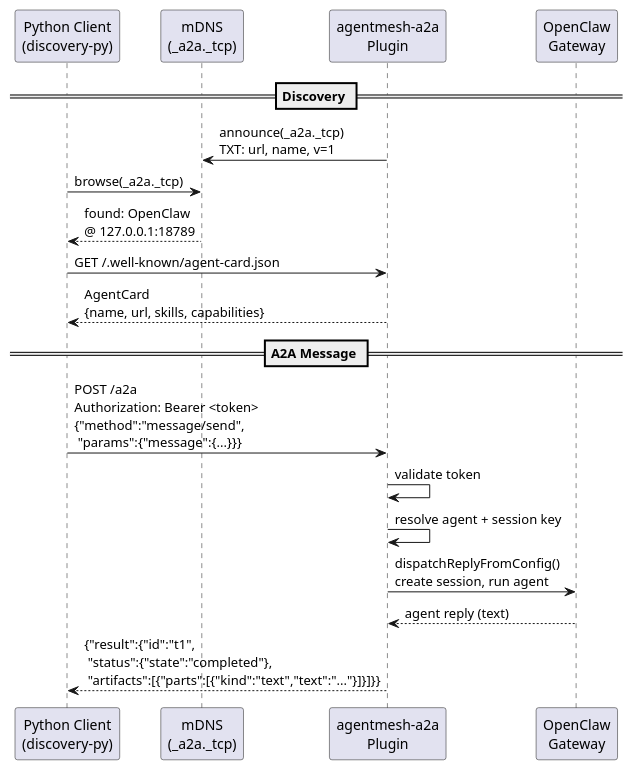
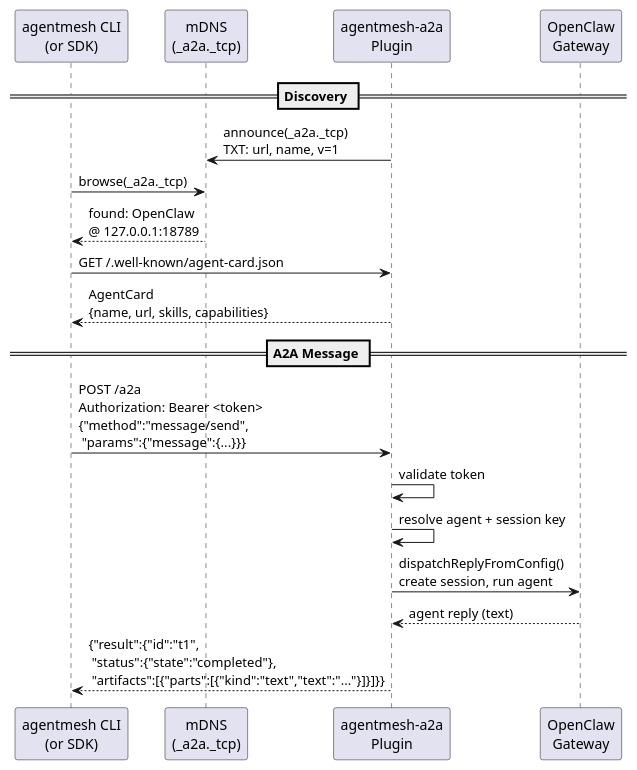
One commit to clarkzhao/AgentMesh changed the second of 2 diagrams in README.md. Above: the diagram before and after it, drawn with PlantUML. The commit also changed other lines of this file and 2 other files, not shown here.

First line of the commit message:
docs: rewrite READMEs — simplify, remove milestones, emphasize CLI

````diff
--- a/README.md
+++ b/README.md
@@ -65,26 +276,26 @@
 ```plantuml
 @startuml
-participant "Python Client\n(discovery-py)" as Client
+participant "agentmesh CLI\n(or SDK)" as Client
 participant "mDNS\n(_a2a._tcp)" as MDNS
 participant "agentmesh-a2a\nPlugin" as Plugin
 participant "OpenClaw\nGateway" as OC
 
 == Discovery ==
 
 Plugin -> MDNS : announce(_a2a._tcp)\nTXT: url, name, v=1
 Client -> MDNS : browse(_a2a._tcp)
 MDNS --> Client : found: OpenClaw\n@ 127.0.0.1:18789
 
 Client -> Plugin : GET /.well-known/agent-card.json
 Plugin --> Client : AgentCard\n{name, url, skills, capabilities}
 
 == A2A Message ==
 
 Client -> Plugin : POST /a2a\nAuthorization: Bearer <token>\n{"method":"message/send",\n "params":{"message":{...}}}
 Plugin -> Plugin : validate token
 Plugin -> Plugin : resolve agent + session key
 Plugin -> OC : dispatchReplyFromConfig()\ncreate session, run agent
 OC --> Plugin : agent reply (text)
 Plugin --> Client : {"result":{"id":"t1",\n "status":{"state":"completed"},\n "artifacts":[{"parts":[{"kind":"text","text":"..."}]}]}}
 @enduml
 ```
````
